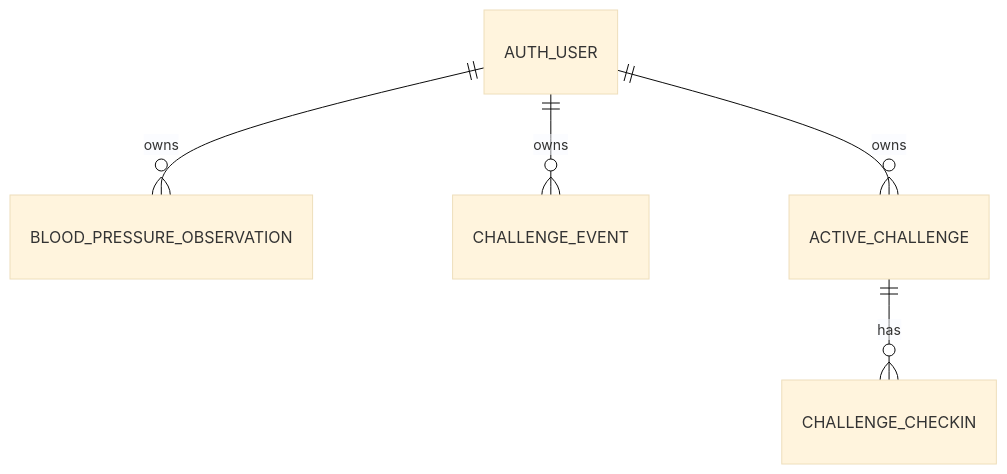
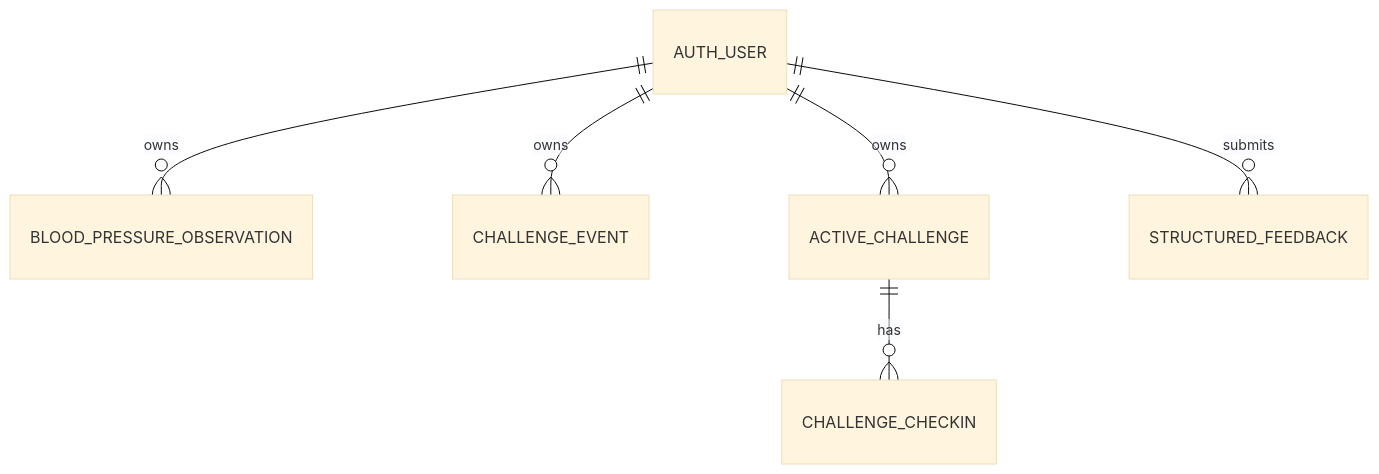
One commit to AI-HealthCare-05/AH_05_07 changed the second of 4 diagrams in docs/architecture.md. Above: the diagram before and after it, drawn with Mermaid (base theme). The commit also changed other lines of this file and 15 other files, not shown here.

Commit message:
feat(feedback): add structured recap feedback

````diff
--- a/docs/architecture.md
+++ b/docs/architecture.md
@@ -32,7 +32,8 @@
 ```mermaid
 erDiagram
     AUTH_USER ||--o{ BLOOD_PRESSURE_OBSERVATION : owns
     AUTH_USER ||--o{ CHALLENGE_EVENT : owns
     AUTH_USER ||--o{ ACTIVE_CHALLENGE : owns
     ACTIVE_CHALLENGE ||--o{ CHALLENGE_CHECKIN : has
+    AUTH_USER ||--o{ STRUCTURED_FEEDBACK : submits
 ```
````
